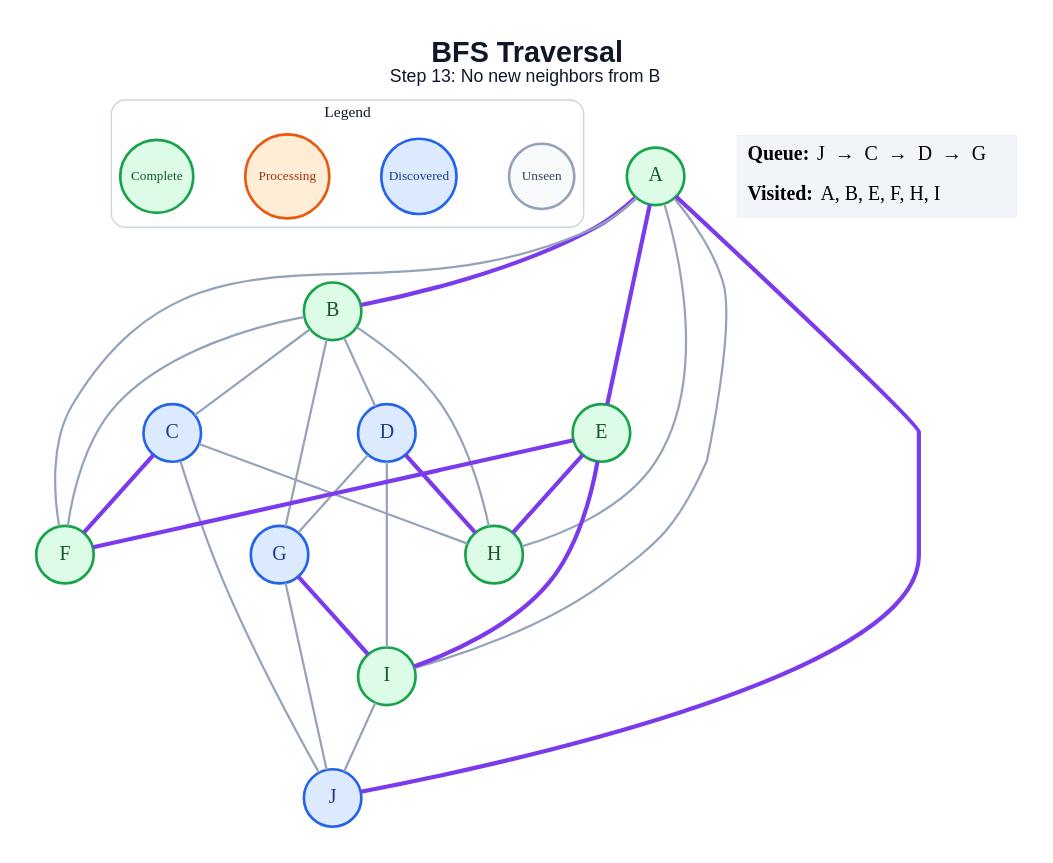
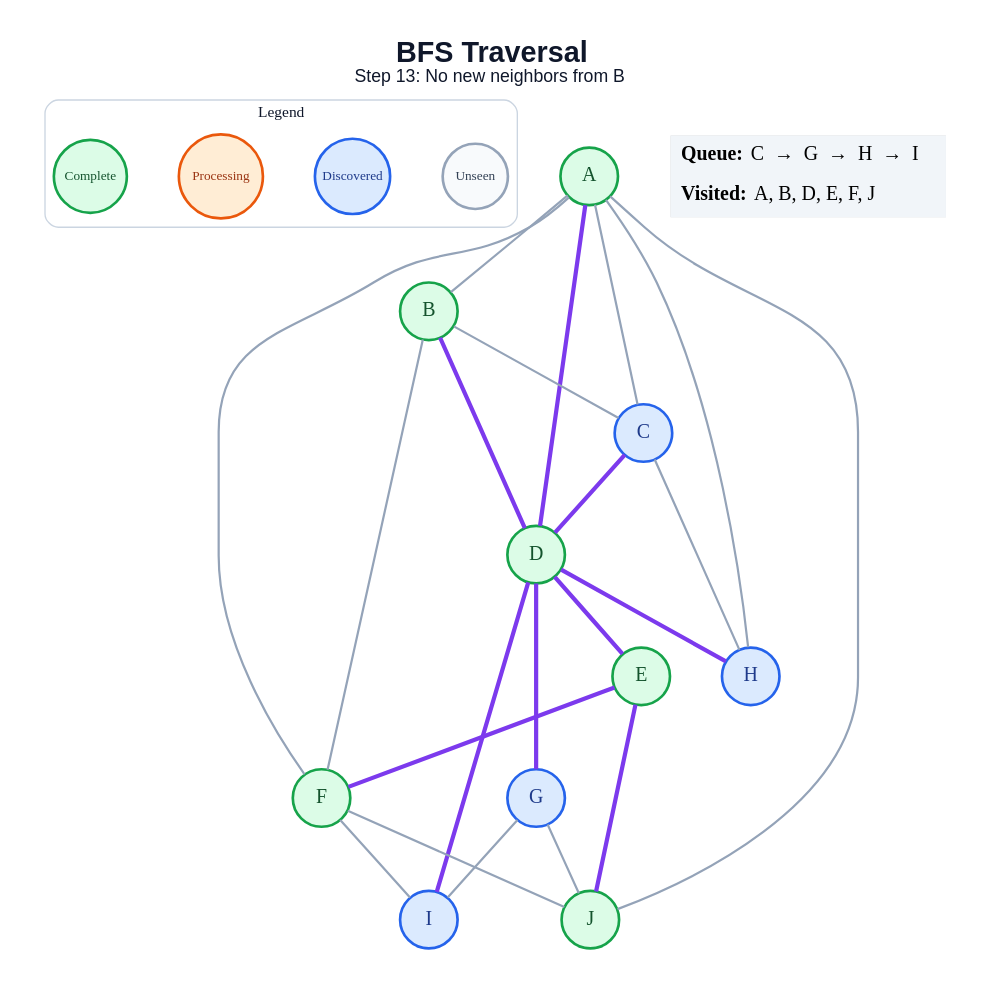
Before and after one commit to amanghodawala9/ai-slop: the diagram in generated/specific-node/bfs/step_13.dot, drawn with Graphviz. The commit also changed 178 other files, not shown here.

```diff
--- a/generated/specific-node/bfs/step_13.dot
+++ b/generated/specific-node/bfs/step_13.dot
@@ -1,52 +1,50 @@
 graph traversal {
   graph [layout=dot, rankdir=TB, bgcolor="#FFFFFF", pad="0.35", nodesep="0.65", ranksep="0.8", fontname="Arial"];
   node [shape=circle, style="filled", fontname="Arial Bold", fontsize=18, width=0.72, fixedsize=true, penwidth=2.4];
   edge [color="#94A3B8", penwidth=2.0];
   label=<<B>BFS Traversal</B><BR/><FONT POINT-SIZE="16">Step 13: No new neighbors from B</FONT>>; labelloc="t"; fontsize=26; fontname="Arial"; fontcolor="#0F172A";
   subgraph cluster_legend { label="Legend"; color="#CBD5E1"; penwidth=1.2; style="rounded"; fontsize=14; fontname="Arial Bold";
     key_unseen [label="Unseen", fillcolor="#F8FAFC", color="#94A3B8", fontcolor="#334155", fontsize=12, width=0.82];
     key_frontier [label="Discovered", fillcolor="#DBEAFE", color="#2563EB", fontcolor="#1E3A8A", fontsize=12, width=0.95];
     key_current [label="Processing", fillcolor="#FFEDD5", color="#EA580C", fontcolor="#9A3412", fontsize=12, width=1.05];
     key_done [label="Complete", fillcolor="#DCFCE7", color="#16A34A", fontcolor="#14532D", fontsize=12, width=0.92];
     { rank=same; key_unseen; key_frontier; key_current; key_done; }
   }
   A [fillcolor="#DCFCE7", color="#16A34A", fontcolor="#14532D"];
   B [fillcolor="#DCFCE7", color="#16A34A", fontcolor="#14532D"];
   C [fillcolor="#DBEAFE", color="#2563EB", fontcolor="#1E3A8A"];
-  D [fillcolor="#DBEAFE", color="#2563EB", fontcolor="#1E3A8A"];
+  D [fillcolor="#DCFCE7", color="#16A34A", fontcolor="#14532D"];
   E [fillcolor="#DCFCE7", color="#16A34A", fontcolor="#14532D"];
   F [fillcolor="#DCFCE7", color="#16A34A", fontcolor="#14532D"];
   G [fillcolor="#DBEAFE", color="#2563EB", fontcolor="#1E3A8A"];
-  H [fillcolor="#DCFCE7", color="#16A34A", fontcolor="#14532D"];
-  I [fillcolor="#DCFCE7", color="#16A34A", fontcolor="#14532D"];
-  J [fillcolor="#DBEAFE", color="#2563EB", fontcolor="#1E3A8A"];
-  A -- B [color="#7C3AED", penwidth=3.8];
-  A -- E [color="#7C3AED", penwidth=3.8];
+  H [fillcolor="#DBEAFE", color="#2563EB", fontcolor="#1E3A8A"];
+  I [fillcolor="#DBEAFE", color="#2563EB", fontcolor="#1E3A8A"];
+  J [fillcolor="#DCFCE7", color="#16A34A", fontcolor="#14532D"];
+  A -- B;
+  A -- C;
+  A -- D [color="#7C3AED", penwidth=3.8];
   A -- F;
   A -- H;
-  A -- I;
-  A -- J [color="#7C3AED", penwidth=3.8];
+  A -- J;
   B -- C;
-  B -- D;
+  B -- D [color="#7C3AED", penwidth=3.8];
   B -- F;
-  B -- G;
-  B -- H;
-  C -- F [color="#7C3AED", penwidth=3.8];
+  C -- D [color="#7C3AED", penwidth=3.8];
   C -- H;
-  C -- J;
-  D -- G;
+  D -- E [color="#7C3AED", penwidth=3.8];
+  D -- G [color="#7C3AED", penwidth=3.8];
   D -- H [color="#7C3AED", penwidth=3.8];
-  D -- I;
+  D -- I [color="#7C3AED", penwidth=3.8];
   E -- F [color="#7C3AED", penwidth=3.8];
-  E -- H [color="#7C3AED", penwidth=3.8];
-  E -- I [color="#7C3AED", penwidth=3.8];
-  G -- I [color="#7C3AED", penwidth=3.8];
+  E -- J [color="#7C3AED", penwidth=3.8];
+  F -- I;
+  F -- J;
+  G -- I;
   G -- J;
-  I -- J;
   status [shape=plain, fixedsize=false, width=0, height=0, margin=0, label=<
     <TABLE BORDER="0" CELLBORDER="0" CELLPADDING="7" BGCOLOR="#F1F5F9">
-      <TR><TD ALIGN="LEFT"><B>Queue:</B> J  →  C  →  D  →  G</TD></TR>
-      <TR><TD ALIGN="LEFT"><B>Visited:</B> A, B, E, F, H, I</TD></TR>
+      <TR><TD ALIGN="LEFT"><B>Queue:</B> C  →  G  →  H  →  I</TD></TR>
+      <TR><TD ALIGN="LEFT"><B>Visited:</B> A, B, D, E, F, J</TD></TR>
     </TABLE>
   >];
 }
```
